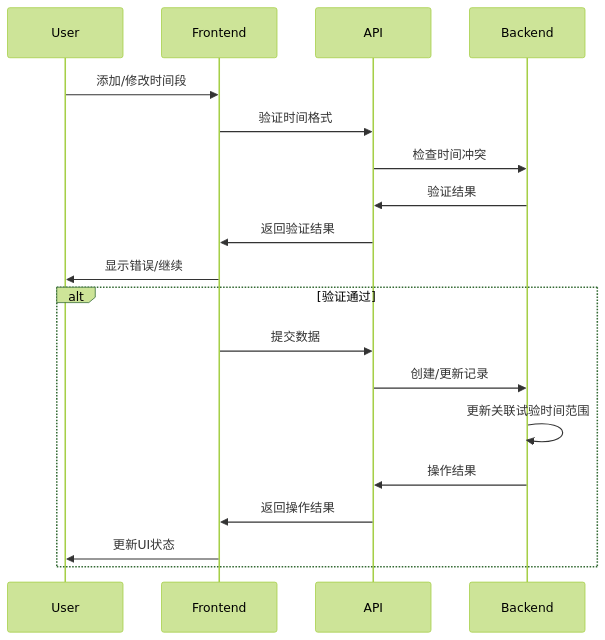
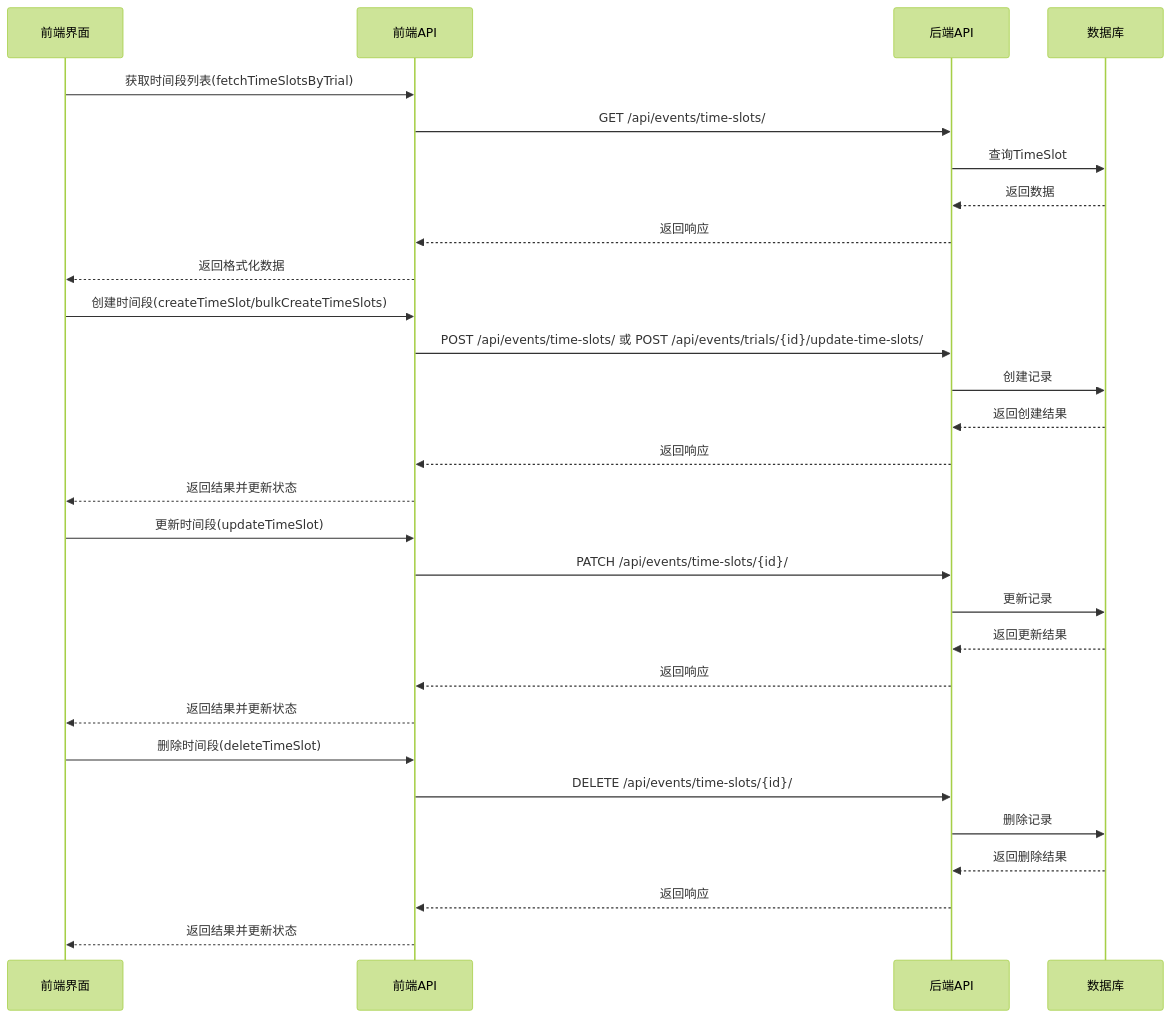
One commit to oneMuggle/OmniDesk changed the diagram in calendar_with_react/docs/time_slot_logic.md. Above: the diagram before and after it, drawn with Mermaid (forest theme). The commit also changed other lines of this file and 1 other file, not shown here.

````diff
--- a/calendar_with_react/docs/time_slot_logic.md
+++ b/calendar_with_react/docs/time_slot_logic.md
@@ -80,23 +113,35 @@
 ```mermaid
 sequenceDiagram
-    participant User
-    participant Frontend
-    participant API
-    participant Backend
+    participant UI as 前端界面
+    participant API as 前端API
+    participant Backend as 后端API
+    participant DB as 数据库
     
-    User->>Frontend: 添加/修改时间段
-    Frontend->>API: 验证时间格式
-    API->>Backend: 检查时间冲突
-    Backend->>API: 验证结果
-    API->>Frontend: 返回验证结果
-    Frontend->>User: 显示错误/继续
+    UI->>API: 获取时间段列表(fetchTimeSlotsByTrial)
+    API->>Backend: GET /api/events/time-slots/
+    Backend->>DB: 查询TimeSlot
+    DB-->>Backend: 返回数据
+    Backend-->>API: 返回响应
+    API-->>UI: 返回格式化数据
     
-    alt 验证通过
-        Frontend->>API: 提交数据
-        API->>Backend: 创建/更新记录
-        Backend->>Backend: 更新关联试验时间范围
-        Backend->>API: 操作结果
-        API->>Frontend: 返回操作结果
-        Frontend->>User: 更新UI状态
-    end
+    UI->>API: 创建时间段(createTimeSlot/bulkCreateTimeSlots)
+    API->>Backend: POST /api/events/time-slots/ 或 POST /api/events/trials/{id}/update-time-slots/
+    Backend->>DB: 创建记录
+    DB-->>Backend: 返回创建结果
+    Backend-->>API: 返回响应
+    API-->>UI: 返回结果并更新状态
+    
+    UI->>API: 更新时间段(updateTimeSlot)
+    API->>Backend: PATCH /api/events/time-slots/{id}/
+    Backend->>DB: 更新记录
+    DB-->>Backend: 返回更新结果
+    Backend-->>API: 返回响应
+    API-->>UI: 返回结果并更新状态
+    
+    UI->>API: 删除时间段(deleteTimeSlot)
+    API->>Backend: DELETE /api/events/time-slots/{id}/
+    Backend->>DB: 删除记录
+    DB-->>Backend: 返回删除结果
+    Backend-->>API: 返回响应
+    API-->>UI: 返回结果并更新状态
 ```
````
